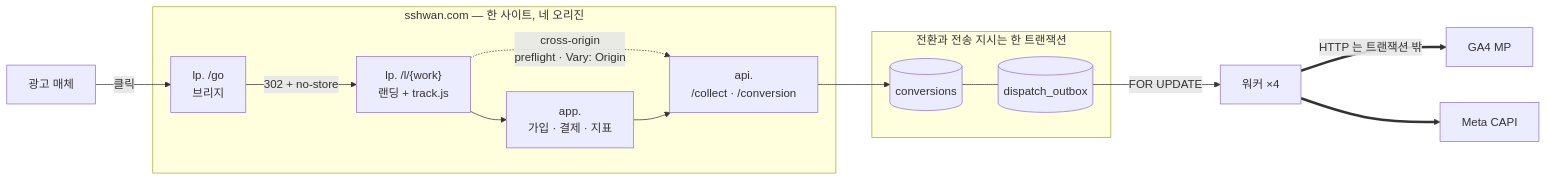
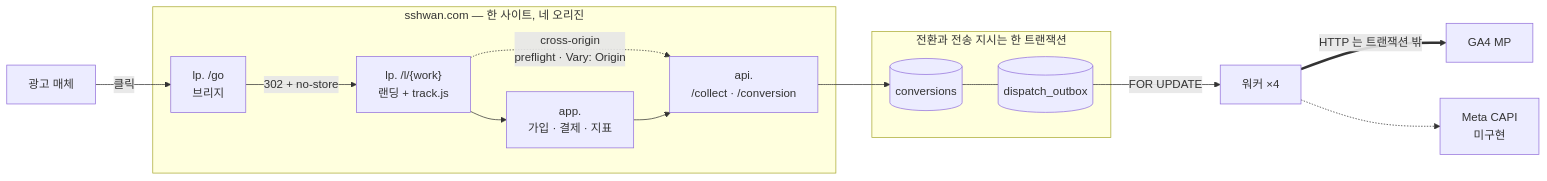
One commit to http1220/touchpoint changed the diagram in README.md. Above: the diagram before and after it, drawn with Mermaid. The commit also changed other lines of this file and 2 other files, not shown here.

````diff
--- a/README.md
+++ b/README.md
@@ -20,27 +90,23 @@
 ```mermaid
 flowchart LR
     AD["광고 매체"] -->|"클릭"| BR
-
     subgraph SITE["sshwan.com — 한 사이트, 네 오리진"]
         BR["lp. /go<br/>브리지"]
         LP["lp. /l/{work}<br/>랜딩 + track.js"]
         APP["app.<br/>가입 · 결제 · 지표"]
         API["api.<br/>/collect · /conversion"]
     end
-
     BR -->|"302 + no-store"| LP
     LP -.->|"cross-origin<br/>preflight · Vary: Origin"| API
     LP --> APP
     APP --> API
-
     subgraph TX["전환과 전송 지시는 한 트랜잭션"]
         CONV[("conversions")]
         OB[("dispatch_outbox")]
     end
-
     API --> CONV
     CONV --- OB
     OB -->|"FOR UPDATE"| W["워커 ×4"]
     W ==>|"HTTP 는 트랜잭션 밖"| GA["GA4 MP"]
-    W ==> META["Meta CAPI"]
+    W -.-> META["Meta CAPI<br/>미구현"]
 ```
````
